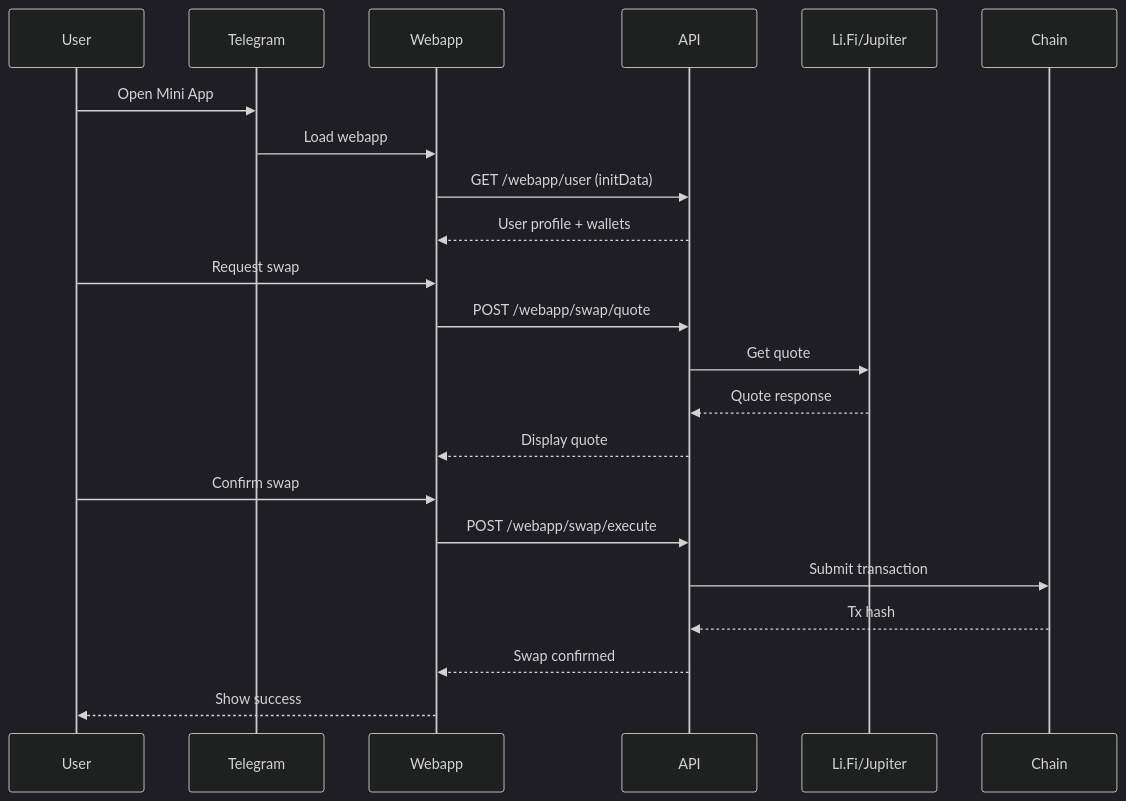
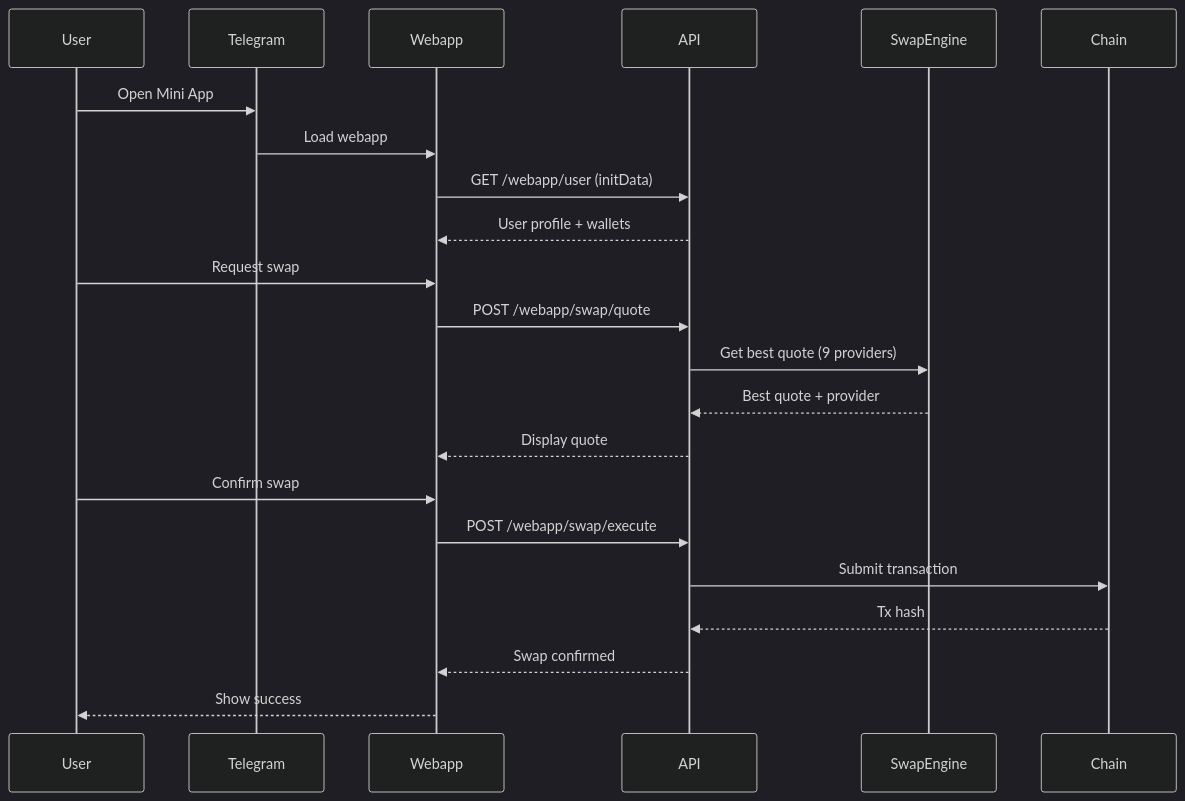
One commit to 0xSoftBoi/suwappubot changed the sixth of 7 diagrams in README.md. Above: the diagram before and after it, drawn with Mermaid (dark theme). The commit also changed other lines of this file, not shown here.

First line of the commit message:
docs: overhaul README with accurate architecture diagrams

````diff
--- a/README.md
+++ b/README.md
@@ -131,27 +233,27 @@
 ```mermaid
 sequenceDiagram
     participant U as User
     participant TG as Telegram
     participant W as Webapp
     participant A as API
-    participant L as Li.Fi/Jupiter
+    participant SE as SwapEngine
     participant C as Chain
 
     U->>TG: Open Mini App
     TG->>W: Load webapp
     W->>A: GET /webapp/user (initData)
     A-->>W: User profile + wallets
-    
+
     U->>W: Request swap
     W->>A: POST /webapp/swap/quote
-    A->>L: Get quote
-    L-->>A: Quote response
+    A->>SE: Get best quote (9 providers)
+    SE-->>A: Best quote + provider
     A-->>W: Display quote
-    
+
     U->>W: Confirm swap
     W->>A: POST /webapp/swap/execute
     A->>C: Submit transaction
     C-->>A: Tx hash
     A-->>W: Swap confirmed
     W-->>U: Show success
 ```
````
